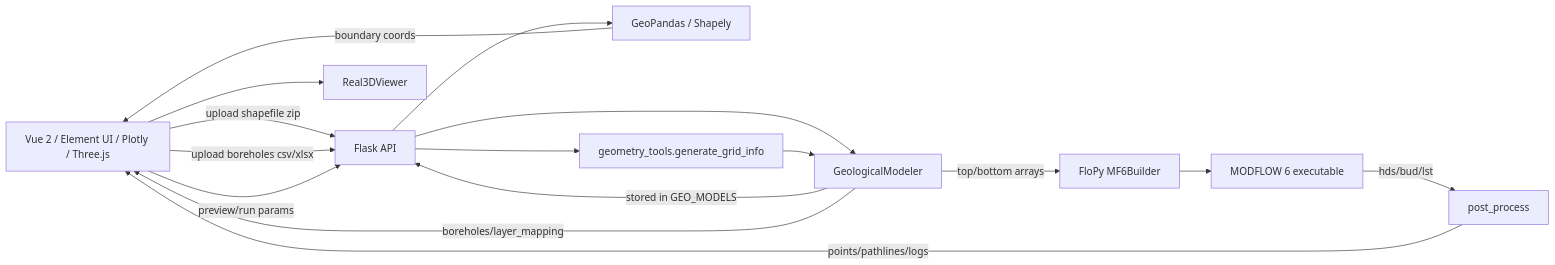
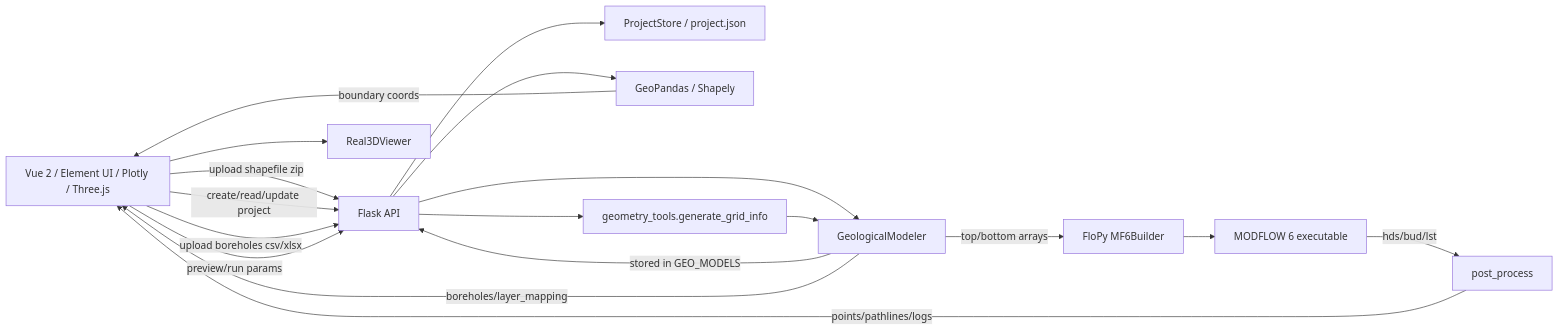
One commit to Yanyu199/Modflow changed the first of 2 diagrams in docs/ARCHITECTURE_CURRENT.md. Above: the diagram before and after it, drawn with Mermaid. The commit also changed other lines of this file and 18 other files, not shown here.

Commit message:
Add project schema and explicit project context

````diff
--- a/docs/ARCHITECTURE_CURRENT.md
+++ b/docs/ARCHITECTURE_CURRENT.md
@@ -7,30 +7,33 @@
 ```mermaid
 flowchart LR
   Browser["Vue 2 / Element UI / Plotly / Three.js"]
   Flask["Flask API"]
+  ProjectStore["ProjectStore / project.json"]
   Geo["GeoPandas / Shapely"]
   Modeler["GeologicalModeler"]
   Grid["geometry_tools.generate_grid_info"]
   FloPy["FloPy MF6Builder"]
   MF6["MODFLOW 6 executable"]
   Post["post_process"]
   Three["Real3DViewer"]
 
   Browser -->|upload shapefile zip| Flask
+  Browser -->|create/read/update project| Flask
+  Flask --> ProjectStore
   Flask --> Geo
   Geo -->|boundary coords| Browser
 
   Browser -->|upload boreholes csv/xlsx| Flask
   Flask --> Modeler
   Modeler -->|stored in GEO_MODELS| Flask
   Modeler -->|boreholes/layer_mapping| Browser
 
   Browser -->|preview/run params| Flask
   Flask --> Grid
   Grid --> Modeler
   Modeler -->|top/bottom arrays| FloPy
   FloPy --> MF6
   MF6 -->|hds/bud/lst| Post
   Post -->|points/pathlines/logs| Browser
   Browser --> Three
 ```
````
